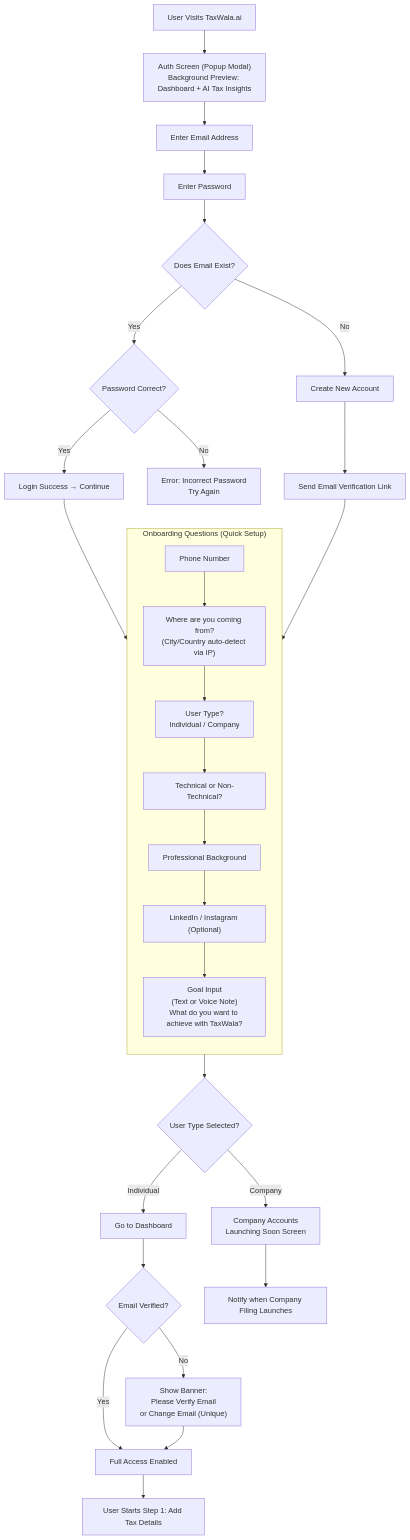
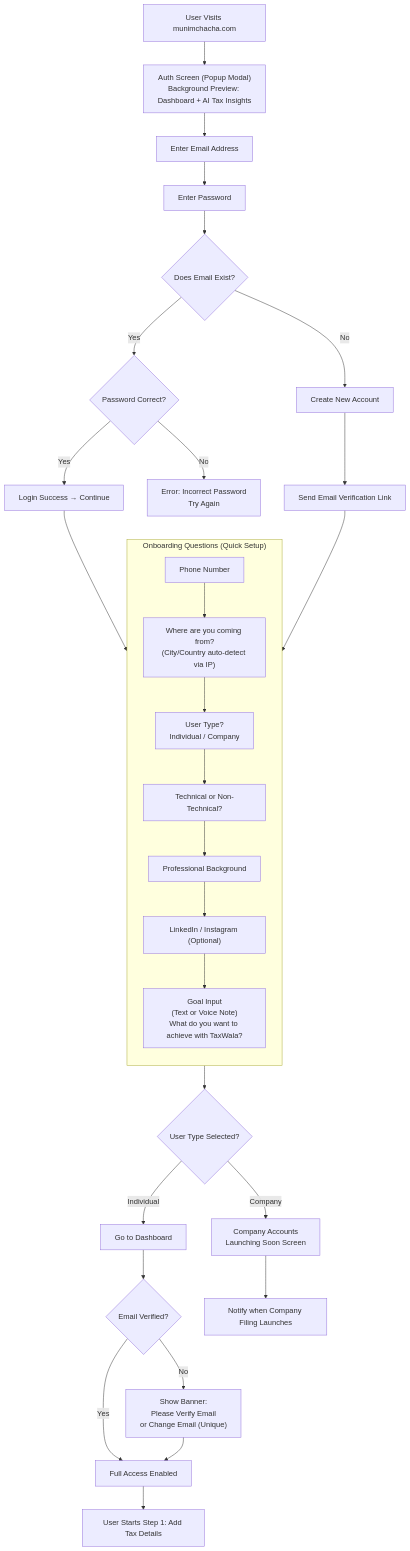
One commit to elitale/taxwala.ai changed the diagram in .diagrams/v1/app-flow/onboarding.md. Above: the diagram before and after it, drawn with Mermaid. The commit also changed other lines of this file and 33 other files, not shown here.

````diff
--- a/.diagrams/v1/app-flow/onboarding.md
+++ b/.diagrams/v1/app-flow/onboarding.md
@@ -40,60 +40,60 @@
 ```mermaid
 flowchart TD
 
-    %% TaxWala.ai Auth + Onboarding Flow (Miro-style UX)
+    %% munimchacha.com Auth + Onboarding Flow (Miro-style UX)
 
-    Start["User Visits TaxWala.ai"] --> Landing["Auth Screen (Popup Modal)\nBackground Preview: Dashboard + AI Tax Insights"]
+    Start["User Visits munimchacha.com"] --> Landing["Auth Screen (Popup Modal)\nBackground Preview: Dashboard + AI Tax Insights"]
 
     %% Step 1: Email Entry
     Landing --> EmailStep["Enter Email Address"]
     EmailStep --> PasswordStep["Enter Password"]
 
     %% Step 2: Check Account
     PasswordStep --> CheckAccount{"Does Email Exist?"}
 
     %% Existing User Login
     CheckAccount -->|Yes| LoginCheck{"Password Correct?"}
     LoginCheck -->|Yes| SuccessLogin["Login Success → Continue"]
     LoginCheck -->|No| ErrorLogin["Error: Incorrect Password\nTry Again"]
 
     %% New User Signup
     CheckAccount -->|No| CreateAccount["Create New Account"]
     CreateAccount --> SendVerify["Send Email Verification Link"]
 
     %% Step 3: Onboarding Questions
     SuccessLogin --> Onboarding
     SendVerify --> Onboarding
 
     subgraph Onboarding["Onboarding Questions (Quick Setup)"]
         direction TB
         Q1["Phone Number"]
         Q2["Where are you coming from?\n(City/Country auto-detect via IP)"]
         Q3["User Type?\nIndividual / Company"]
         Q4["Technical or Non-Technical?"]
         Q5["Professional Background"]
         Q6["LinkedIn / Instagram (Optional)"]
         Q7["Goal Input\n(Text or Voice Note)\nWhat do you want to achieve with TaxWala?"]
 
         Q1 --> Q2 --> Q3 --> Q4 --> Q5 --> Q6 --> Q7
     end
 
     %% Step 4: Routing Based on User Type
     Q7 --> UserTypeDecision{"User Type Selected?"}
 
     %% Individual Flow
     UserTypeDecision -->|Individual| IndividualDash["Go to Dashboard"]
 
     IndividualDash --> EmailStatus{"Email Verified?"}
 
     EmailStatus -->|Yes| FullAccess["Full Access Enabled"]
     EmailStatus -->|No| VerifyReminder["Show Banner:\nPlease Verify Email\nor Change Email (Unique)"]
 
     VerifyReminder --> FullAccess
 
     %% Company Flow
     UserTypeDecision -->|Company| CompanyWait["Company Accounts\nLaunching Soon Screen"]
 
     %% End States
     FullAccess --> End["User Starts Step 1: Add Tax Details"]
     CompanyWait --> EndCompany["Notify when Company Filing Launches"]
 ```
````
